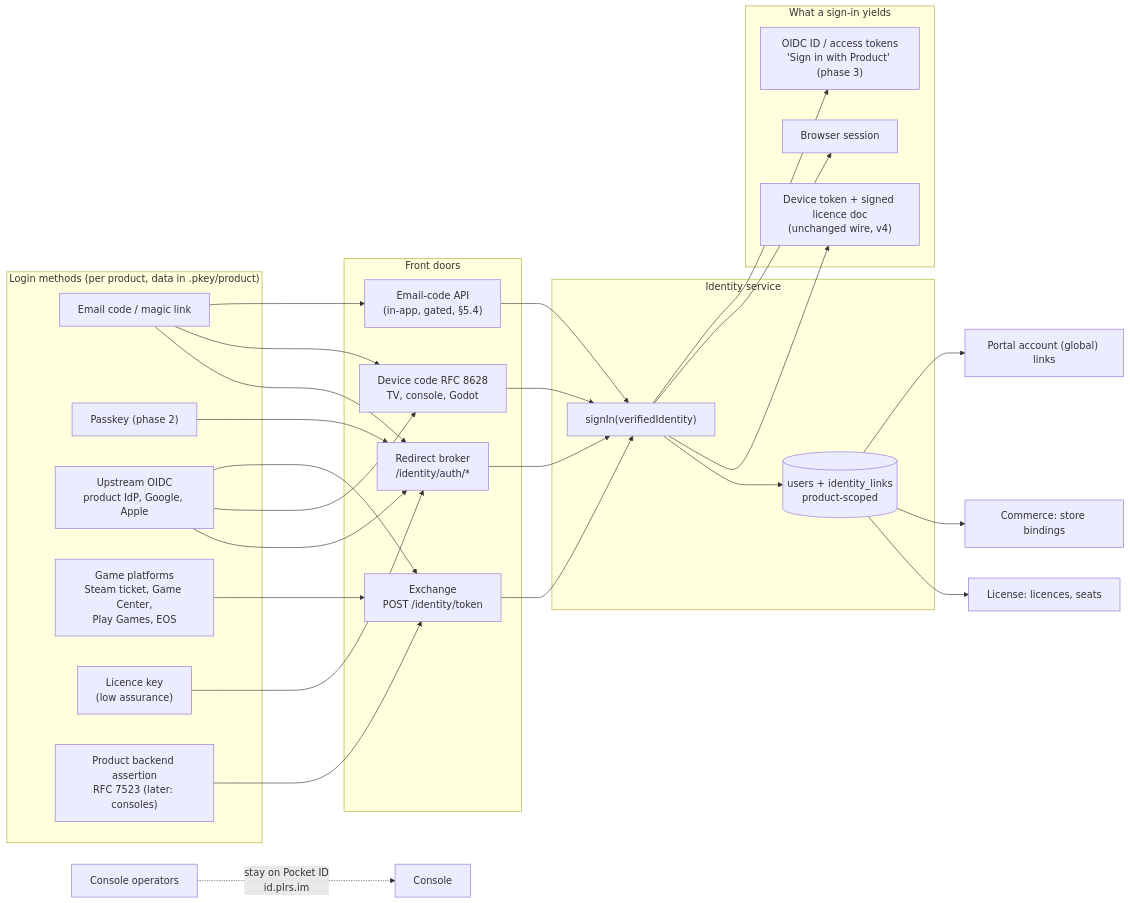
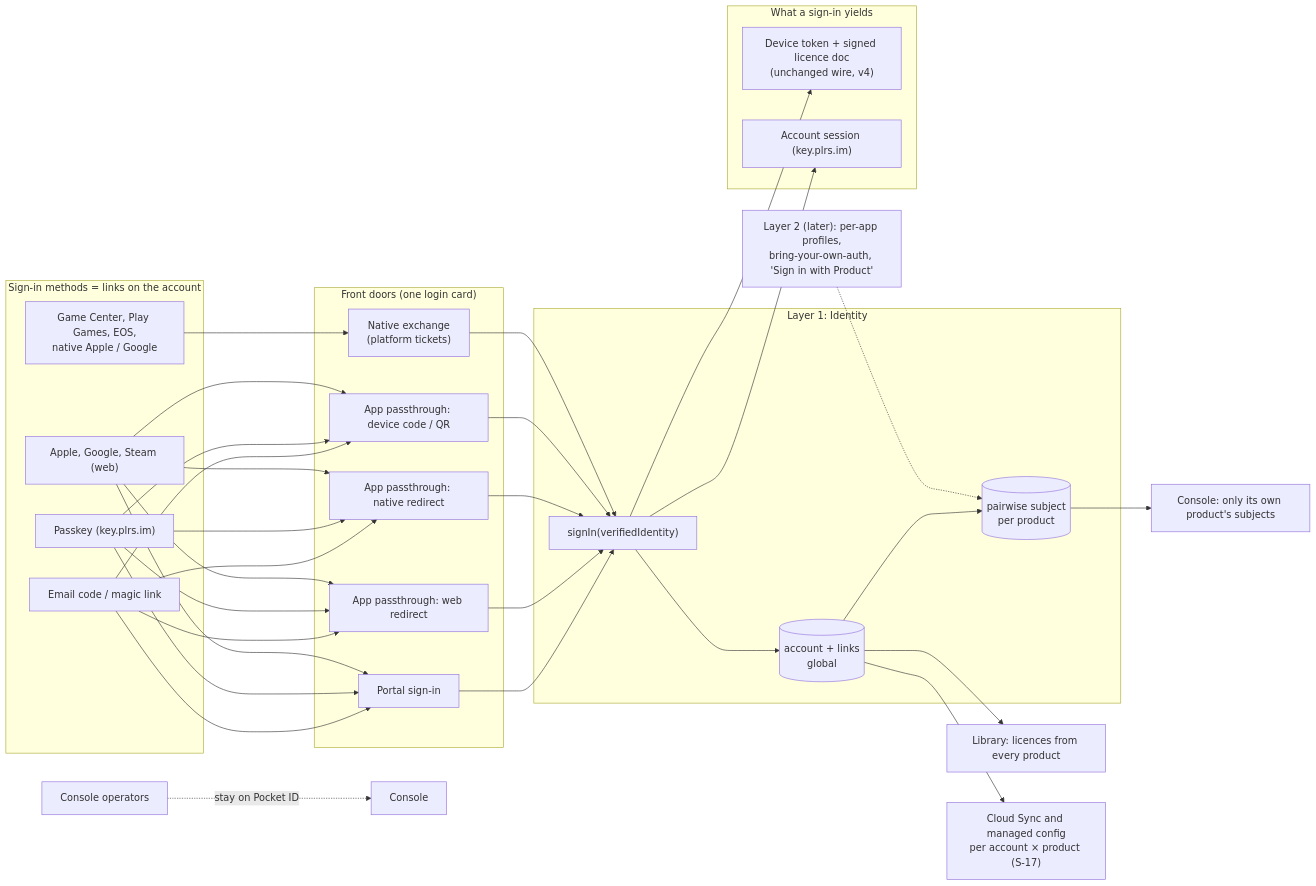
One commit to vladzaharia/polaris-key changed the diagram in docs/research/2026-09-29-godot-omniplatform/notes/S-16-identity-service.md. Above: the diagram before and after it, drawn with Mermaid. The commit also changed other lines of this file, not shown here.

Commit message:
S-16: restructure around one Polaris Key account (owner decision)

````diff
--- a/docs/research/2026-09-29-godot-omniplatform/notes/S-16-identity-service.md
+++ b/docs/research/2026-09-29-godot-omniplatform/notes/S-16-identity-service.md
@@ -110,36 +158,35 @@
 ```mermaid
 flowchart LR
-  subgraph In["Login methods (per product, data in .pkey/product)"]
+  subgraph Methods["Sign-in methods = links on the account"]
     E["Email code / magic link"]
-    PK["Passkey (phase 2)"]
-    UP["Upstream OIDC<br/>product IdP, Google, Apple"]
-    GM["Game platforms<br/>Steam ticket, Game Center,<br/>Play Games, EOS"]
-    LK["Licence key<br/>(low assurance)"]
-    AS["Product backend assertion<br/>RFC 7523 (later: consoles)"]
+    PK["Passkey (key.plrs.im)"]
+    WEB["Apple, Google, Steam (web)"]
+    NAT["Game Center, Play Games, EOS,<br/>native Apple / Google"]
   end
-  subgraph Doors["Front doors"]
-    RD["Redirect broker<br/>/identity/auth/*"]
-    DC["Device code RFC 8628<br/>TV, console, Godot"]
-    TX["Exchange<br/>POST /identity/token"]
-    EC["Email-code API<br/>(in-app, gated, §5.4)"]
+  subgraph Doors["Front doors (one login card)"]
+    PORTAL["Portal sign-in"]
+    RD["App passthrough: web redirect"]
+    NR["App passthrough: native redirect"]
+    DC["App passthrough: device code / QR"]
+    TX["Native exchange<br/>(platform tickets)"]
   end
-  subgraph Id["Identity service"]
+  subgraph L1["Layer 1: Identity"]
     SI["signIn(verifiedIdentity)"]
-    U[("users + identity_links<br/>product-scoped")]
+    A[("account + links<br/>global")]
+    PS[("pairwise subject<br/>per product")]
   end
   subgraph Out["What a sign-in yields"]
     DT["Device token + signed licence doc<br/>(unchanged wire, v4)"]
-    BS["Browser session"]
-    OT["OIDC ID / access tokens<br/>'Sign in with Product' (phase 3)"]
+    BS["Account session (key.plrs.im)"]
   end
-  E & PK & UP & LK --> RD
-  UP & E --> DC
-  E --> EC
-  UP & GM & AS --> TX
-  RD & DC & TX & EC --> SI --> U
-  U --> L["License: licences, seats"]
-  U --> C["Commerce: store bindings"]
-  U --> P["Portal account (global) links"]
-  SI --> DT & BS & OT
-  OPS["Console operators"] -.->|"stay on Pocket ID<br/>id.plrs.im"| CON["Console"]
+  E & PK & WEB --> PORTAL & RD & NR & DC
+  NAT --> TX
+  PORTAL & RD & NR & DC & TX --> SI --> A
+  A --> LIB["Library: licences from every product"]
+  A --> PS
+  PS --> DEV["Console: only its own product's subjects"]
+  A --> CS["Cloud Sync and managed config<br/>per account × product (S-17)"]
+  SI --> DT & BS
+  L2["Layer 2 (later): per-app profiles,<br/>bring-your-own-auth, 'Sign in with Product'"] -.-> PS
+  OPS["Console operators"] -.->|"stay on Pocket ID"| CON["Console"]
 ```
````
